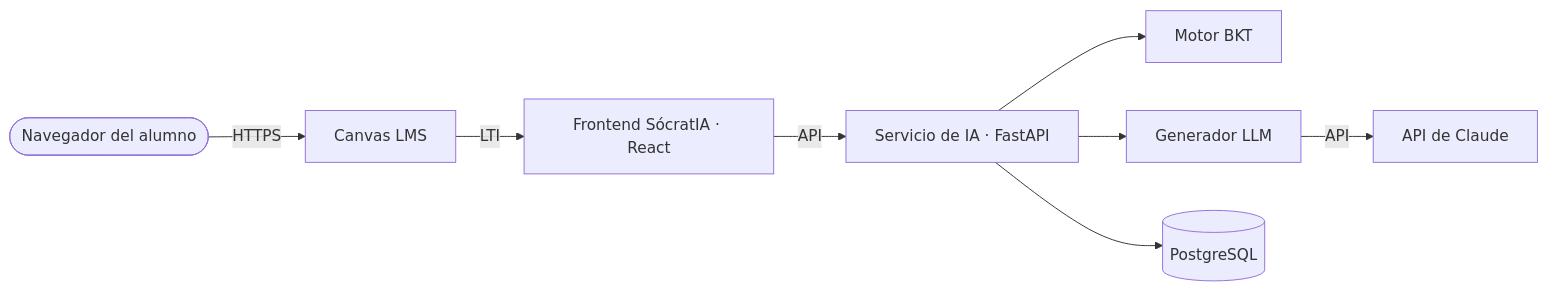
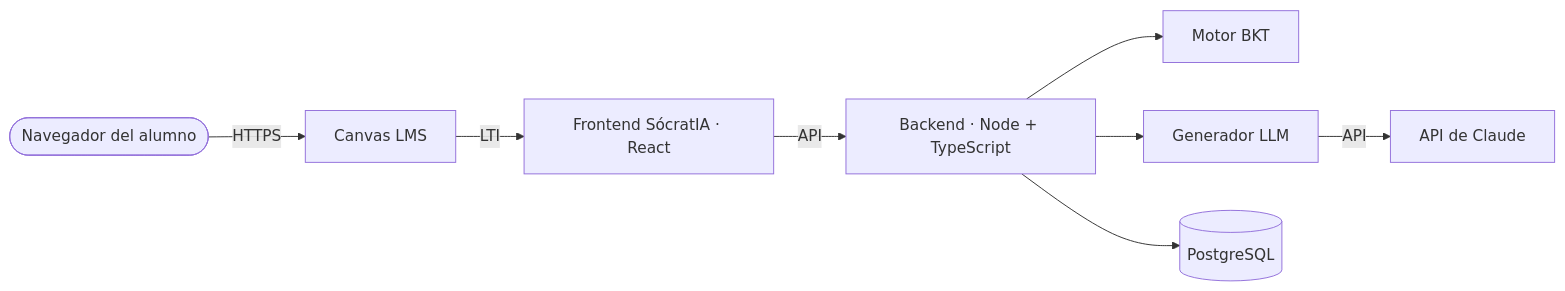
Before and after one commit to Jose27luis/SocratIA: the third of 4 diagrams in README.md, drawn with Mermaid. The commit also changed other lines of this file, not shown here.

Commit message:
docs: actualizar README al stack TypeScript y registrar avances

````diff
--- a/README.md
+++ b/README.md
@@ -207,10 +207,10 @@
 ```mermaid
 flowchart LR
     Browser(["Navegador del alumno"]) -->|HTTPS| Canvas["Canvas LMS"]
     Canvas -->|LTI| FE["Frontend SócratIA · React"]
-    FE -->|API| AIS["Servicio de IA · FastAPI"]
+    FE -->|API| AIS["Backend · Node + TypeScript"]
     AIS --> BKT["Motor BKT"]
     AIS --> LLM["Generador LLM"]
     LLM -->|API| Claude["API de Claude"]
     AIS --> DB[("PostgreSQL")]
 ```
````
